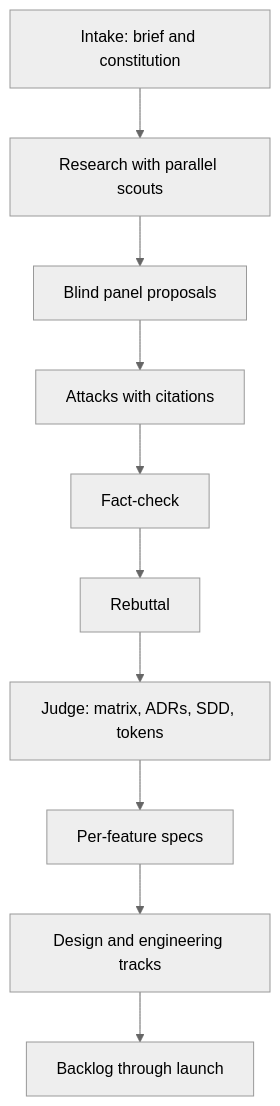
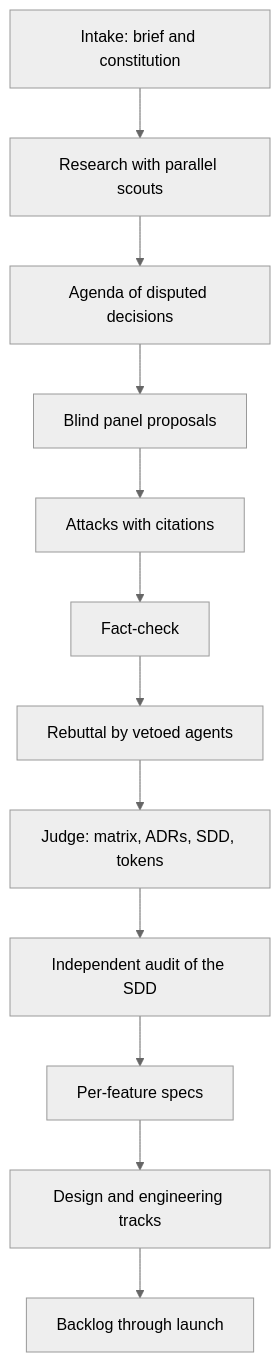
One commit to DiMarcoSK/open-debate changed the diagram in README.md. Above: the diagram before and after it, drawn with Mermaid (neutral theme). The commit also changed other lines of this file and 57 other files, not shown here.

````diff
--- a/README.md
+++ b/README.md
@@ -139,12 +152,14 @@
 ```mermaid
 flowchart TD
   A[Intake: brief and constitution] --> B[Research with parallel scouts]
-  B --> C[Blind panel proposals]
+  B --> B2[Agenda of disputed decisions]
+  B2 --> C[Blind panel proposals]
   C --> D[Attacks with citations]
   D --> E[Fact-check]
-  E --> F[Rebuttal]
+  E --> F[Rebuttal by vetoed agents]
   F --> G[Judge: matrix, ADRs, SDD, tokens]
-  G --> H[Per-feature specs]
+  G --> G2[Independent audit of the SDD]
+  G2 --> H[Per-feature specs]
   H --> I[Design and engineering tracks]
   I --> J[Backlog through launch]
 ```
````
